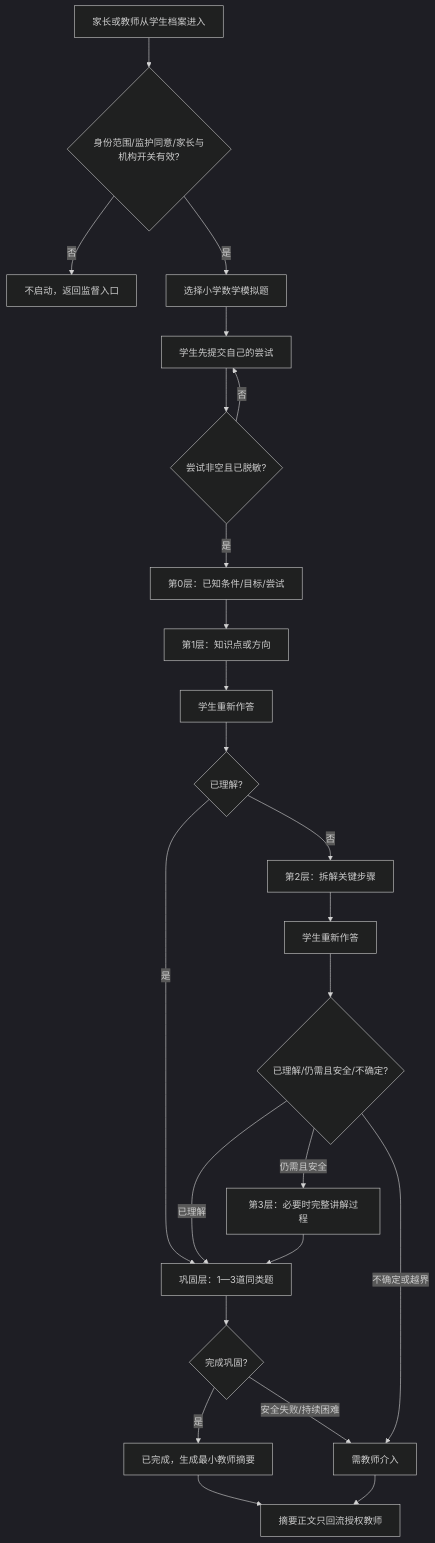
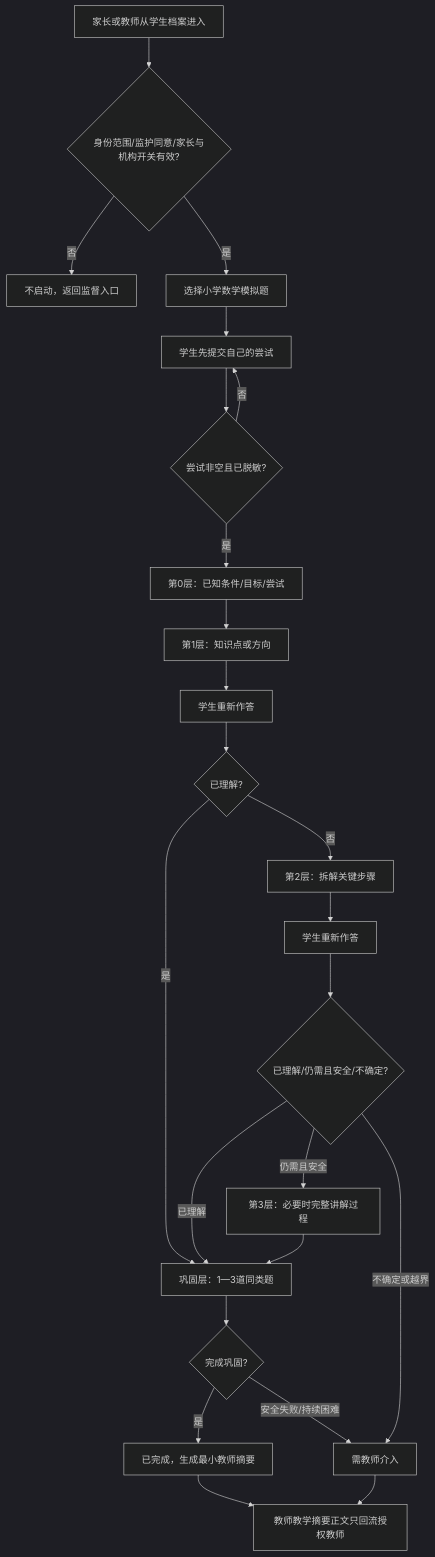
One commit to yangjing6213-dev/smart-education-platform changed the diagram in docs/ai/AI_LEARNING_FLOW.md. Above: the diagram before and after it, drawn with Mermaid (dark theme). The commit also changed other lines of this file and 1256 other files, not shown here.

````diff
--- a/docs/ai/AI_LEARNING_FLOW.md
+++ b/docs/ai/AI_LEARNING_FLOW.md
@@ -11,26 +11,26 @@
 ```mermaid
 flowchart TD
     A[家长或教师从学生档案进入] --> B{身份范围/监护同意/家长与机构开关有效?}
     B -->|否| C[不启动，返回监督入口]
     B -->|是| D[选择小学数学模拟题]
     D --> E[学生先提交自己的尝试]
     E --> F{尝试非空且已脱敏?}
     F -->|否| E
     F -->|是| G[第0层：已知条件/目标/尝试]
     G --> H[第1层：知识点或方向]
     H --> I[学生重新作答]
     I --> J{已理解?}
     J -->|是| P[巩固层：1—3道同类题]
     J -->|否| K[第2层：拆解关键步骤]
     K --> L[学生重新作答]
     L --> M{已理解/仍需且安全/不确定?}
     M -->|已理解| P
     M -->|仍需且安全| N[第3层：必要时完整讲解过程]
     M -->|不确定或越界| T[需教师介入]
     N --> P
     P --> Q{完成巩固?}
     Q -->|是| R[已完成，生成最小教师摘要]
     Q -->|安全失败/持续困难| T
-    R --> S[摘要正文只回流授权教师]
+    R --> S[教师教学摘要正文只回流授权教师]
     T --> S
 ```
````
